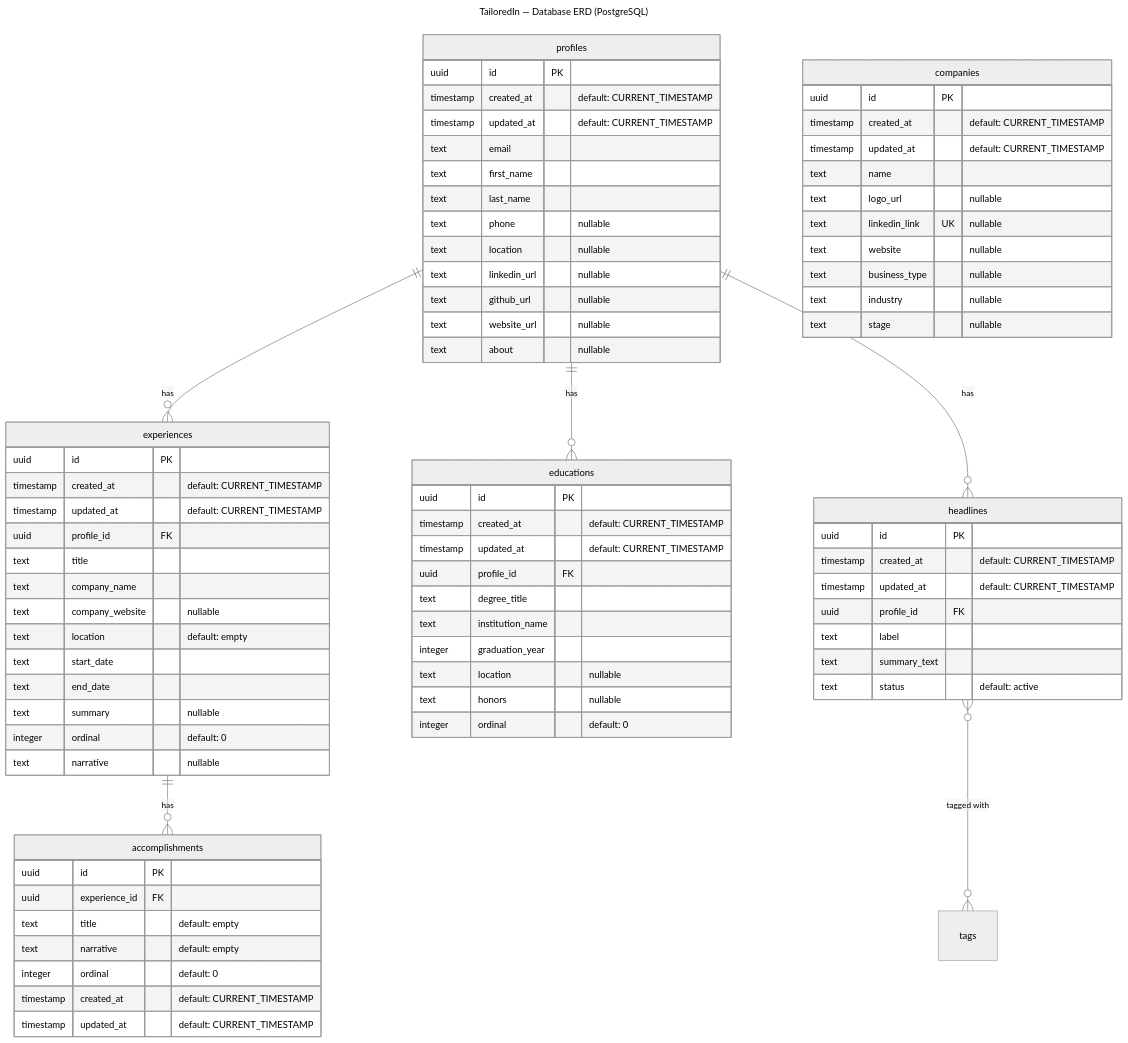
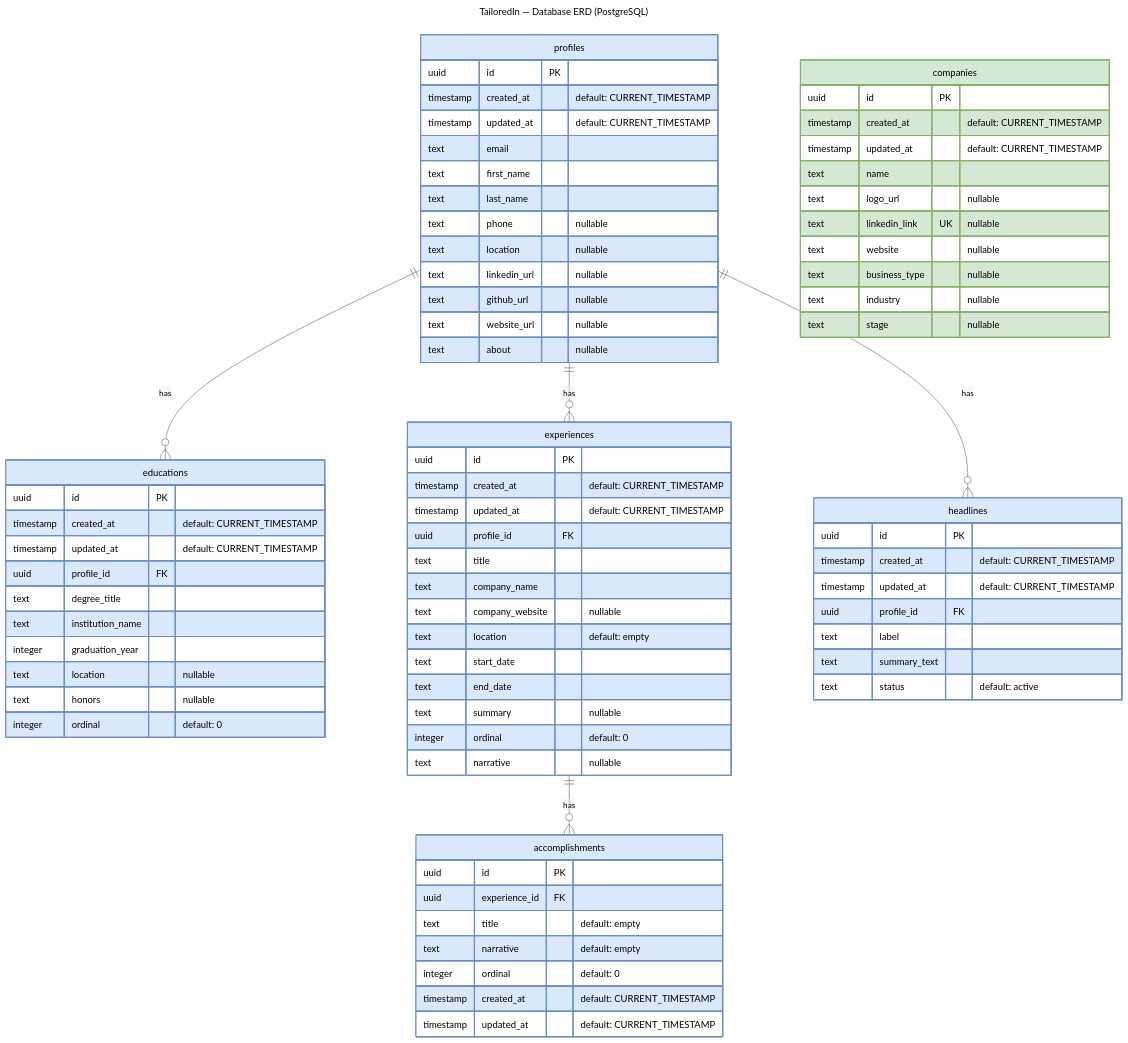
One commit to bluebird-labs/TailoredIn changed the diagram in infrastructure/DATABASE.mmd. Above: the diagram before and after it, drawn with Mermaid (neutral theme). The commit also changed 3 other files, not shown here.

Commit message:
chore: database diagrams

```diff
--- a/infrastructure/DATABASE.mmd
+++ b/infrastructure/DATABASE.mmd
@@ -1,107 +1,113 @@
 ---
 title: TailoredIn — Database ERD (PostgreSQL)
 ---
 
 erDiagram
 
     %% ──────────────────────────────────────────────
-    %%  Profile Subdomain
+    %%  Group 1
     %% ──────────────────────────────────────────────
-
-    profiles {
-        uuid id PK
-        timestamp created_at "default: CURRENT_TIMESTAMP"
-        timestamp updated_at "default: CURRENT_TIMESTAMP"
-        text email
-        text first_name
-        text last_name
-        text phone "nullable"
-        text location "nullable"
-        text linkedin_url "nullable"
-        text github_url "nullable"
-        text website_url "nullable"
-        text about "nullable"
-    }
-
-    experiences {
-        uuid id PK
-        timestamp created_at "default: CURRENT_TIMESTAMP"
-        timestamp updated_at "default: CURRENT_TIMESTAMP"
-        uuid profile_id FK
-        text title
-        text company_name
-        text company_website "nullable"
-        text location "default: empty"
-        text start_date
-        text end_date
-        text summary "nullable"
-        integer ordinal "default: 0"
-        text narrative "nullable"
-    }
 
     accomplishments {
         uuid id PK
         uuid experience_id FK
         text title "default: empty"
         text narrative "default: empty"
         integer ordinal "default: 0"
         timestamp created_at "default: CURRENT_TIMESTAMP"
         timestamp updated_at "default: CURRENT_TIMESTAMP"
     }
 
     educations {
         uuid id PK
         timestamp created_at "default: CURRENT_TIMESTAMP"
         timestamp updated_at "default: CURRENT_TIMESTAMP"
         uuid profile_id FK
         text degree_title
         text institution_name
         integer graduation_year
         text location "nullable"
         text honors "nullable"
         integer ordinal "default: 0"
     }
 
+    experiences {
+        uuid id PK
+        timestamp created_at "default: CURRENT_TIMESTAMP"
+        timestamp updated_at "default: CURRENT_TIMESTAMP"
+        uuid profile_id FK
+        text title
+        text company_name
+        text company_website "nullable"
+        text location "default: empty"
+        text start_date
+        text end_date
+        text summary "nullable"
+        integer ordinal "default: 0"
+        text narrative "nullable"
+    }
+
+    headlines {
+        uuid id PK
+        timestamp created_at "default: CURRENT_TIMESTAMP"
+        timestamp updated_at "default: CURRENT_TIMESTAMP"
+        uuid profile_id FK
+        text label
+        text summary_text
+        text status "default: active"
+    }
+
+    profiles {
+        uuid id PK
+        timestamp created_at "default: CURRENT_TIMESTAMP"
+        timestamp updated_at "default: CURRENT_TIMESTAMP"
+        text email
+        text first_name
+        text last_name
+        text phone "nullable"
+        text location "nullable"
+        text linkedin_url "nullable"
+        text github_url "nullable"
+        text website_url "nullable"
+        text about "nullable"
+    }
+
 
     %% ──────────────────────────────────────────────
-    %%  Company & Job Subdomain
+    %%  Standalone
     %% ──────────────────────────────────────────────
 
     companies {
         uuid id PK
         timestamp created_at "default: CURRENT_TIMESTAMP"
         timestamp updated_at "default: CURRENT_TIMESTAMP"
         text name
         text logo_url "nullable"
         text linkedin_link UK "nullable"
         text website "nullable"
         text business_type "nullable"
         text industry "nullable"
         text stage "nullable"
     }
 
-
-    %% ──────────────────────────────────────────────
-    %%  Tagging Subdomain
-    %% ──────────────────────────────────────────────
-
-    headlines {
-        uuid id PK
-        timestamp created_at "default: CURRENT_TIMESTAMP"
-        timestamp updated_at "default: CURRENT_TIMESTAMP"
-        uuid profile_id FK
-        text label
-        text summary_text
-        text status "default: active"
-    }
-
     %% ──────────────────────────────────────────────
     %%  Relationships
     %% ──────────────────────────────────────────────
 
     profiles ||--o{ experiences : "has"
     profiles ||--o{ headlines : "has"
     profiles ||--o{ educations : "has"
     experiences ||--o{ accomplishments : "has"
 
-    headlines }o--o{ tags : "tagged with"
+    %% ──────────────────────────────────────────────
+    %%  Styles
+    %% ──────────────────────────────────────────────
+
+    classDef group0 fill:#dae8fc,stroke:#6c8ebf,stroke-width:2px
+    class accomplishments group0
+    class educations group0
+    class experiences group0
+    class headlines group0
+    class profiles group0
+    classDef group1 fill:#d5e8d4,stroke:#82b366,stroke-width:2px
+    class companies group1
```
